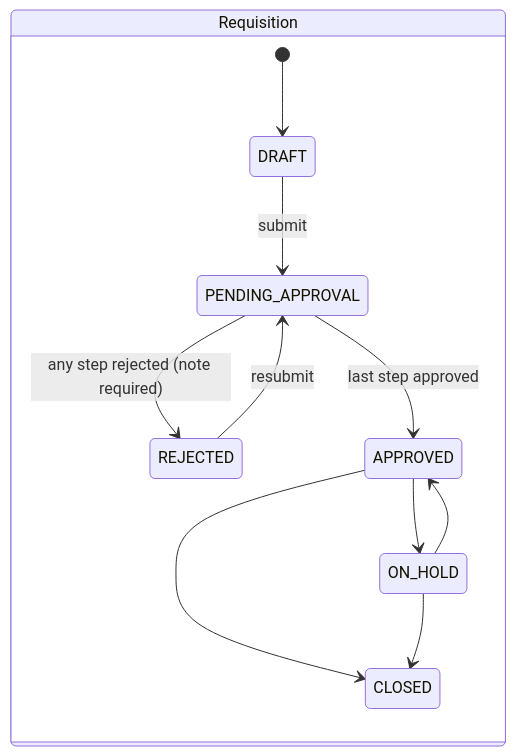
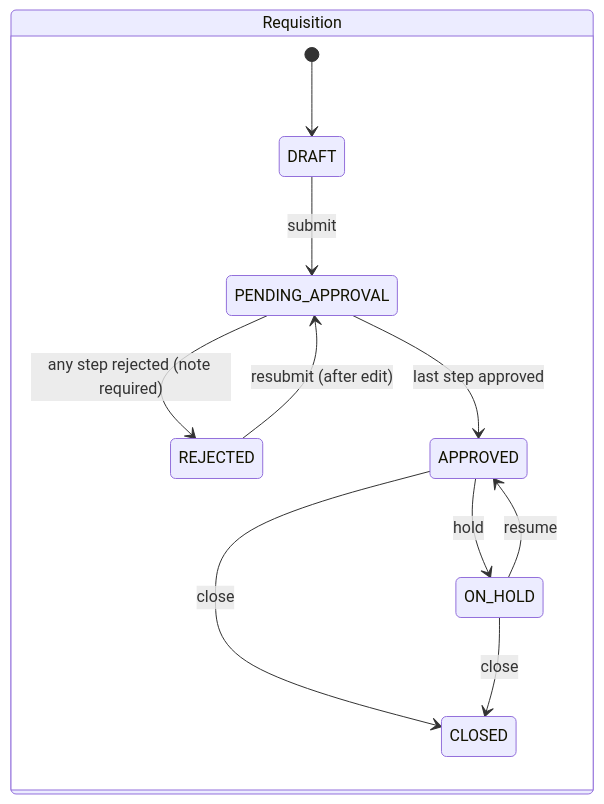
The second of 4 diagrams in docs/modules/hiring.md (globalsurfdxb/gs-hrms-backend), drawn with Mermaid before and after one commit. The commit also changed other lines of this file and 41 other files, not shown here.

````diff
--- a/docs/modules/hiring.md
+++ b/docs/modules/hiring.md
@@ -46,14 +86,14 @@
 ```mermaid
 stateDiagram-v2
   state Requisition {
     [*] --> DRAFT
     DRAFT --> PENDING_APPROVAL: submit
-    REJECTED --> PENDING_APPROVAL: resubmit
+    REJECTED --> PENDING_APPROVAL: resubmit (after edit)
     PENDING_APPROVAL --> APPROVED: last step approved
     PENDING_APPROVAL --> REJECTED: any step rejected (note required)
-    APPROVED --> ON_HOLD
-    ON_HOLD --> APPROVED
-    APPROVED --> CLOSED
-    ON_HOLD --> CLOSED
+    APPROVED --> ON_HOLD: hold
+    ON_HOLD --> APPROVED: resume
+    APPROVED --> CLOSED: close
+    ON_HOLD --> CLOSED: close
   }
 ```
````
